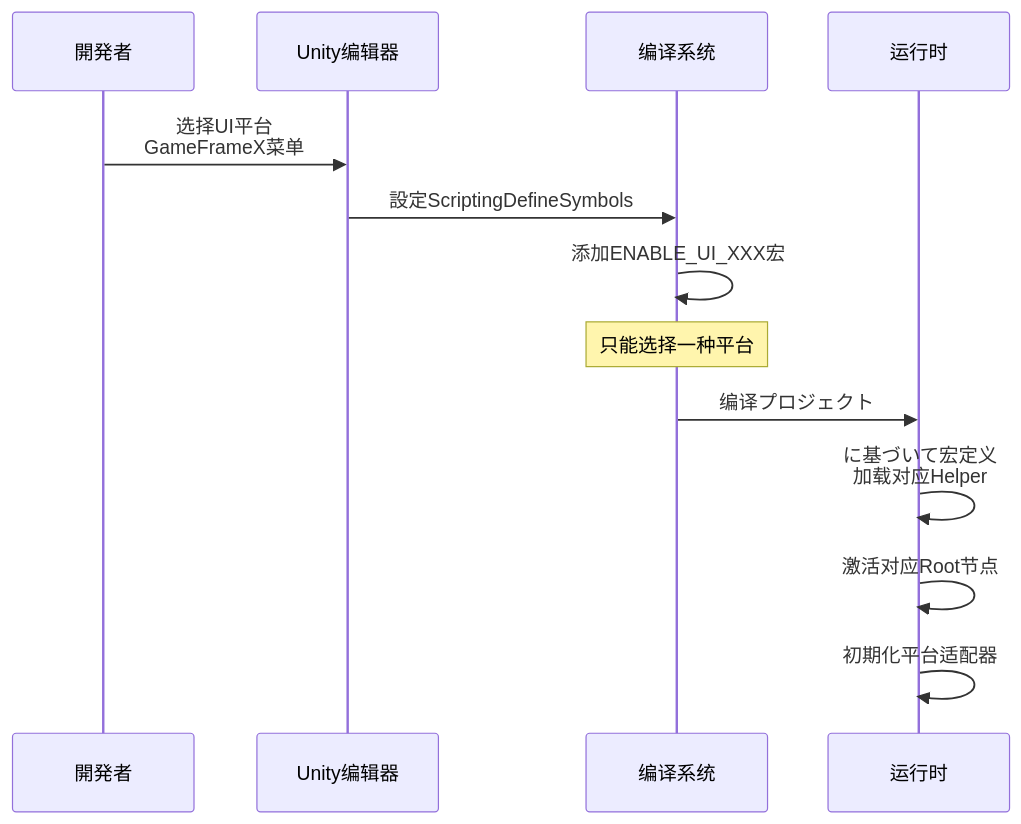
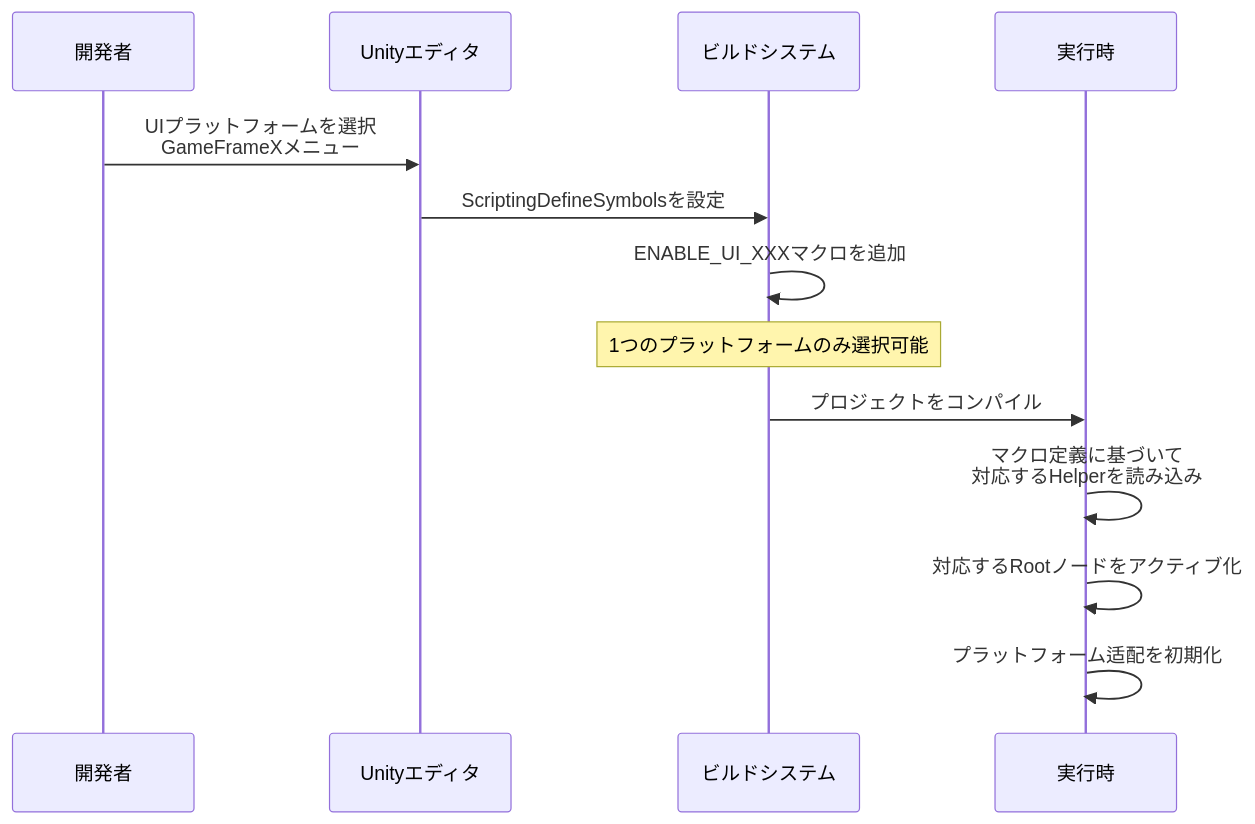
The second of 2 diagrams in docs/ja/client/unity/component/ui/16.platforms.md (AlianBlank/GameFrameX.Docs), drawn with Mermaid before and after one commit. The commit also changed other lines of this file and 320 other files, not shown here.

````diff
--- a/docs/ja/client/unity/component/ui/16.platforms.md
+++ b/docs/ja/client/unity/component/ui/16.platforms.md
@@ -260,16 +260,16 @@
 ```mermaid
 sequenceDiagram
     participant Dev as 開発者
-    participant Editor as Unity编辑器
-    participant Build as 编译系统
-    participant Runtime as 运行时
+    participant Editor as Unityエディタ
+    participant Build as ビルドシステム
+    participant Runtime as 実行時
 
-    Dev->>Editor: 选择UI平台<br>GameFrameX菜单
-    Editor->>Build: 設定ScriptingDefineSymbols
-    Build->>Build: 添加ENABLE_UI_XXX宏
-    Note over Build: 只能选择一种平台
-    Build->>Runtime: 编译プロジェクト
-    Runtime->>Runtime: に基づいて宏定义<br>加载对应Helper
-    Runtime->>Runtime: 激活对应Root节点
-    Runtime->>Runtime: 初期化平台适配器
+    Dev->>Editor: UIプラットフォームを選択<br>GameFrameXメニュー
+    Editor->>Build: ScriptingDefineSymbolsを設定
+    Build->>Build: ENABLE_UI_XXXマクロを追加
+    Note over Build: 1つのプラットフォームのみ選択可能
+    Build->>Runtime: プロジェクトをコンパイル
+    Runtime->>Runtime: マクロ定義に基づいて<br/>対応するHelperを読み込み
+    Runtime->>Runtime: 対応するRootノードをアクティブ化
+    Runtime->>Runtime: プラットフォーム适配を初期化
 ```
````
